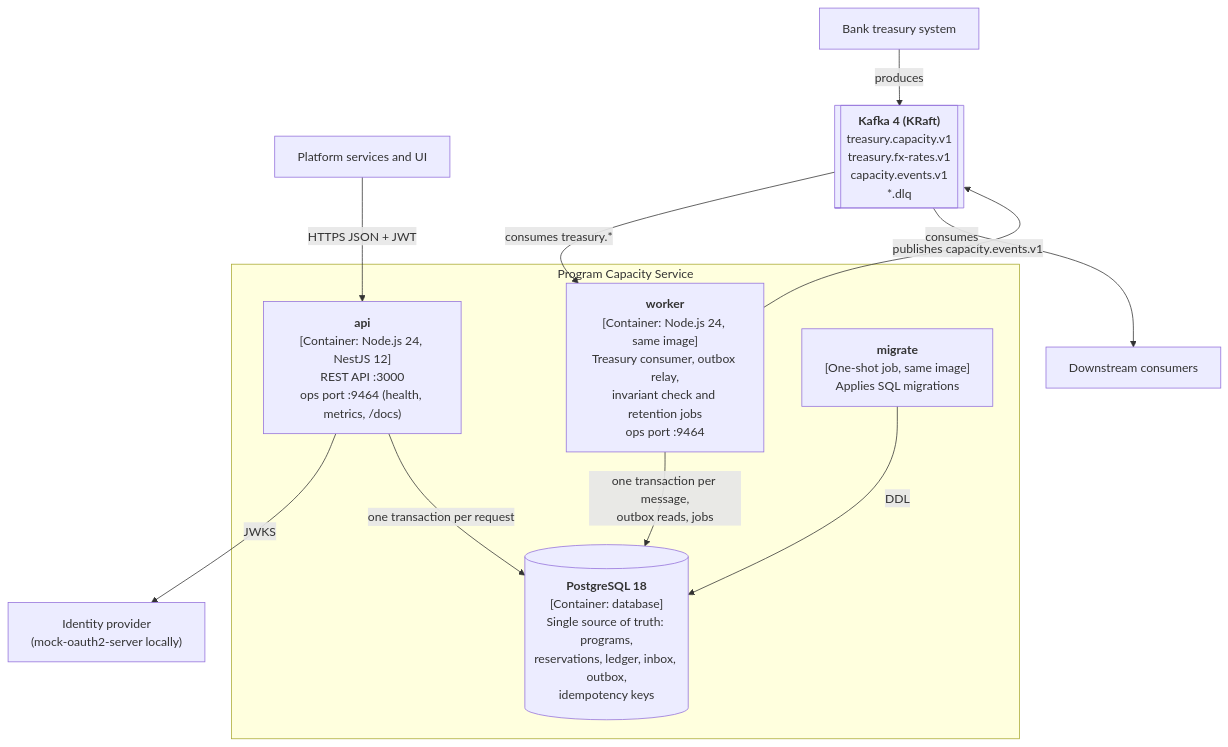
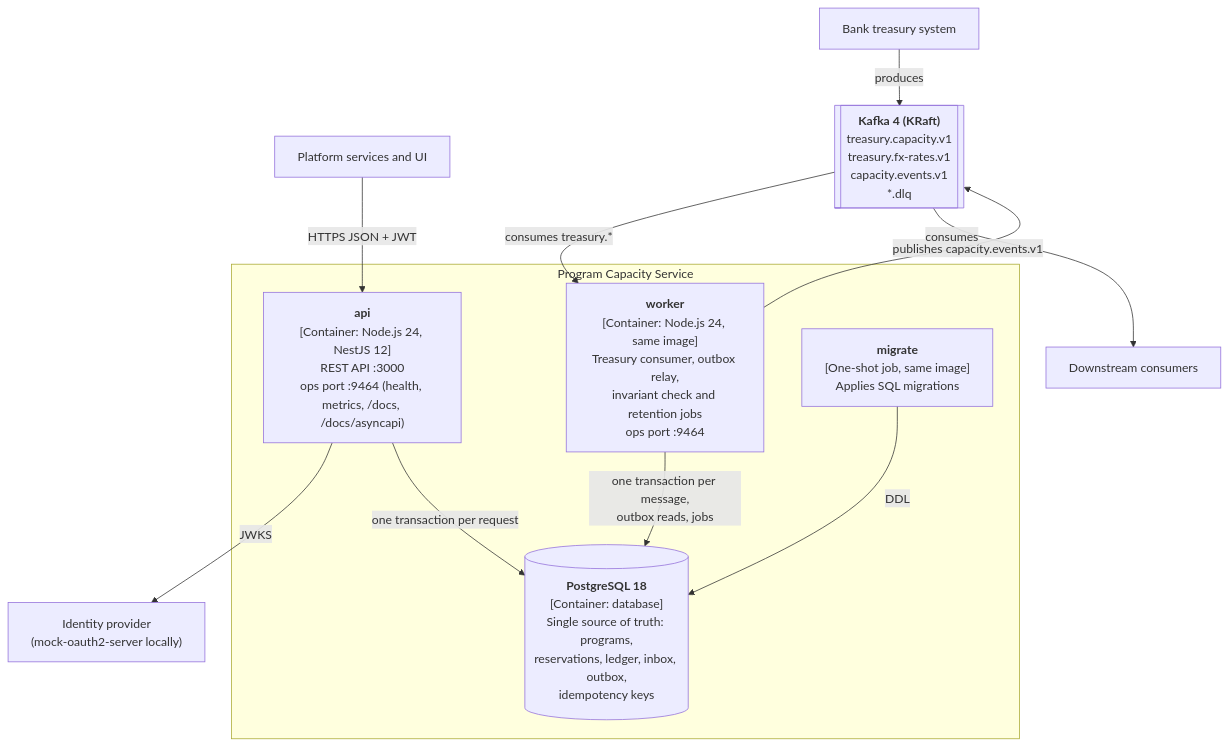
Before and after one commit to atamaniuc/program-capacity-service: the second of 6 diagrams in docs/architecture.md, drawn with Mermaid. The commit also changed other lines of this file and 59 other files, not shown here.

First line of the commit message:
feat(contracts): AsyncAPI for outbound events, /docs/asyncapi, compatibility check

````diff
--- a/docs/architecture.md
+++ b/docs/architecture.md
@@ -49,26 +49,26 @@
 ```mermaid
 flowchart TB
   client["Platform services and UI"]
   treasury["Bank treasury system"]
   downstream["Downstream consumers"]
   idp["Identity provider<br/>(mock-oauth2-server locally)"]
 
   subgraph pcs["Program Capacity Service"]
-    api["<b>api</b><br/>[Container: Node.js 24, NestJS 12]<br/>REST API :3000<br/>ops port :9464 (health, metrics, /docs)"]
+    api["<b>api</b><br/>[Container: Node.js 24, NestJS 12]<br/>REST API :3000<br/>ops port :9464 (health, metrics, /docs, /docs/asyncapi)"]
     worker["<b>worker</b><br/>[Container: Node.js 24, same image]<br/>Treasury consumer, outbox relay,<br/>invariant check and retention jobs<br/>ops port :9464"]
     db[("<b>PostgreSQL 18</b><br/>[Container: database]<br/>Single source of truth: programs,<br/>reservations, ledger, inbox, outbox,<br/>idempotency keys")]
     migrate["<b>migrate</b><br/>[One-shot job, same image]<br/>Applies SQL migrations"]
   end
 
   kafka[["<b>Kafka 4 (KRaft)</b><br/>treasury.capacity.v1<br/>treasury.fx-rates.v1<br/>capacity.events.v1<br/>*.dlq"]]
 
   client -- "HTTPS JSON + JWT" --> api
   api -- "JWKS" --> idp
   api -- "one transaction per request" --> db
   worker -- "one transaction per message,<br/>outbox reads, jobs" --> db
   migrate -- "DDL" --> db
   treasury -- "produces" --> kafka
   kafka -- "consumes treasury.*" --> worker
   worker -- "publishes capacity.events.v1" --> kafka
   kafka -- "consumes" --> downstream
 ```
````
